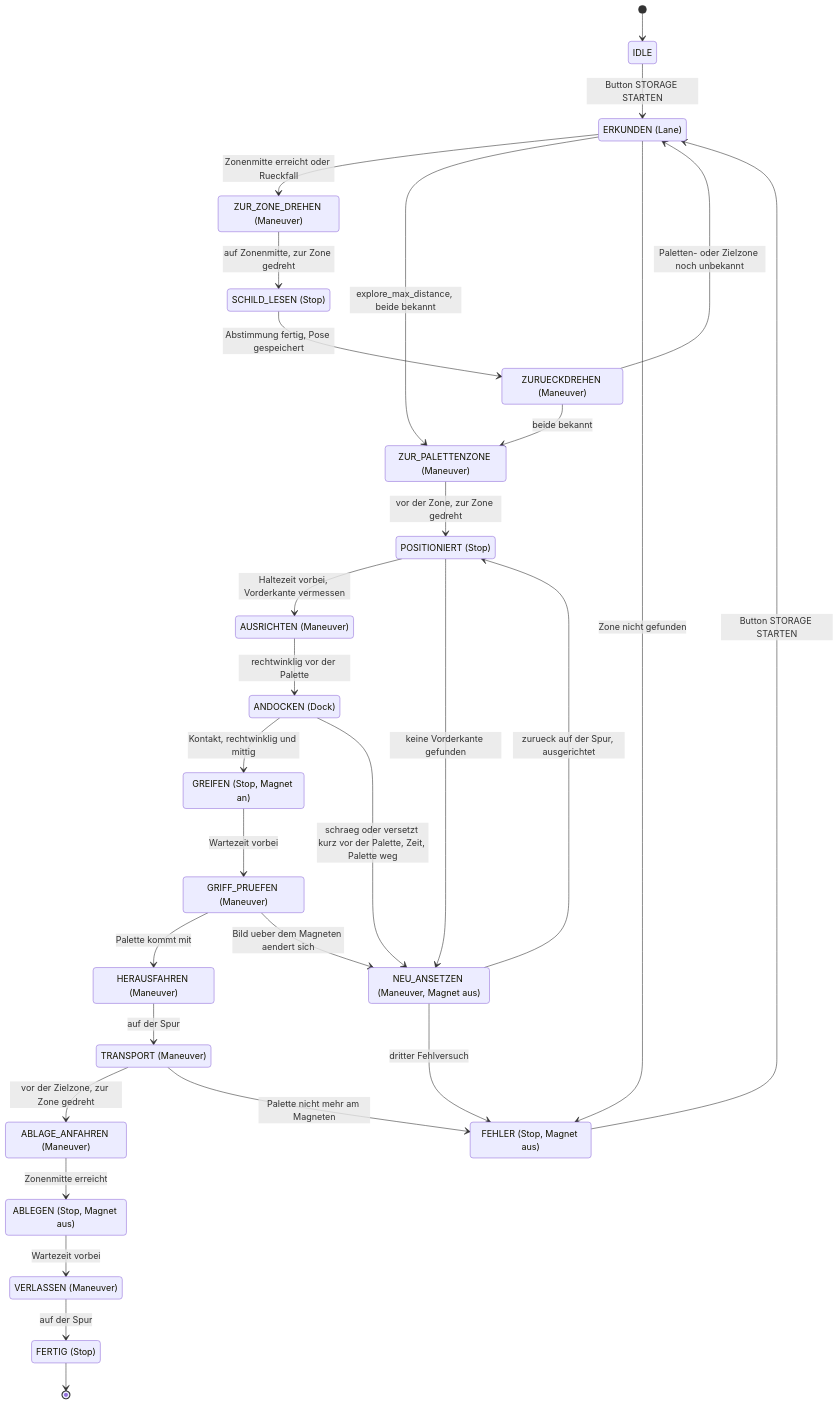
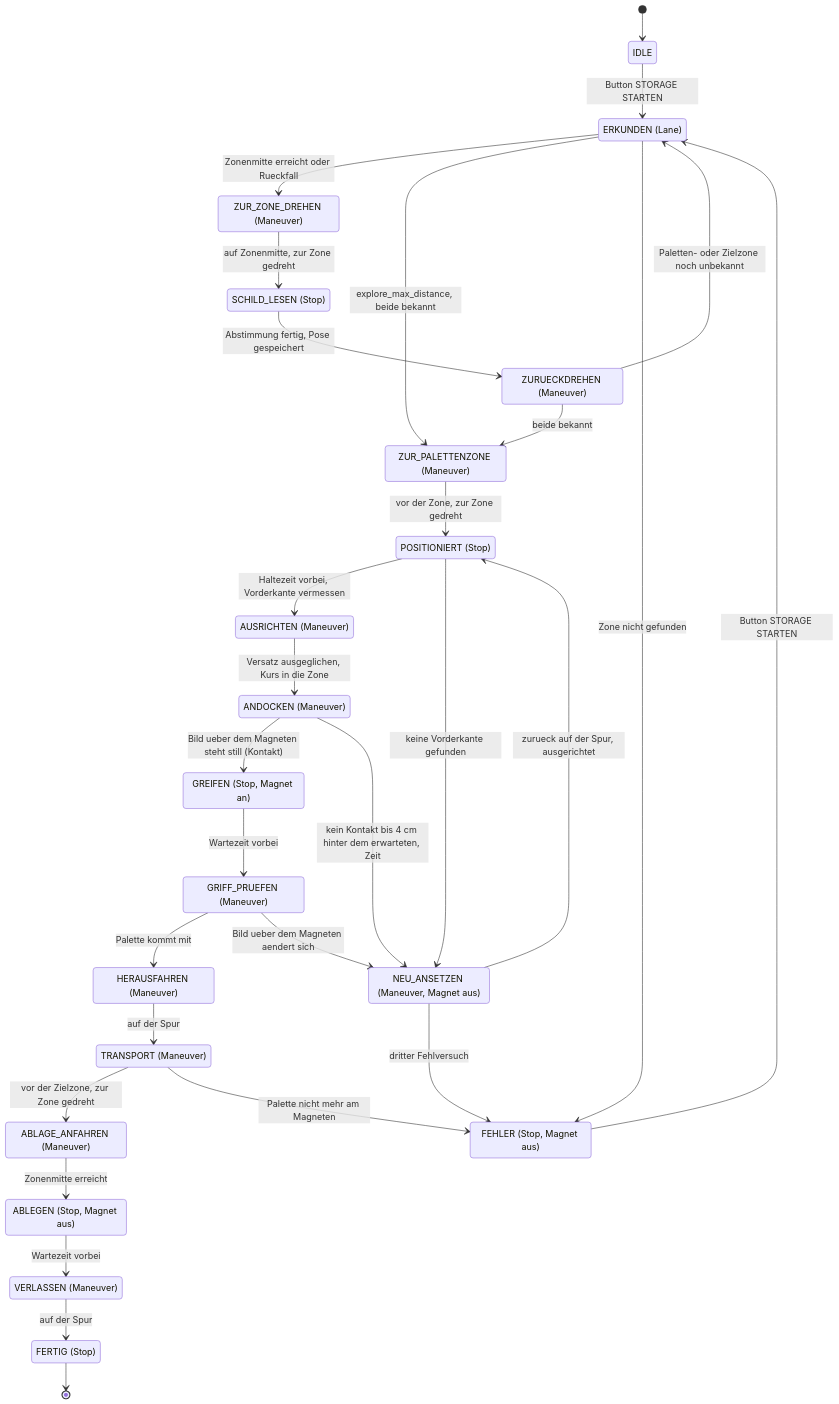
The diagram in docs/Storage_Retrieval_Konzept.md (NaiRolF878/TurtleBot3-URMC), drawn with Mermaid before and after one commit. The commit also changed other lines of this file and 18 other files, not shown here.

First line of the commit message:
Storage: Zonenmodell nur aus Querlinien, gemeinsame Farben, Kontakt per Stillstand, Ausrichten entlang der Spur

````diff
--- a/docs/Storage_Retrieval_Konzept.md
+++ b/docs/Storage_Retrieval_Konzept.md
@@ -146,52 +165,52 @@
 ```mermaid
 stateDiagram-v2
     [*] --> IDLE
     IDLE --> ERKUNDEN : Button STORAGE STARTEN
 
     state "ERKUNDEN (Lane)" as ERKUNDEN
     state "ZUR_ZONE_DREHEN (Maneuver)" as ZUR_ZONE_DREHEN
     state "SCHILD_LESEN (Stop)" as SCHILD_LESEN
     state "ZURUECKDREHEN (Maneuver)" as ZURUECKDREHEN
     state "ZUR_PALETTENZONE (Maneuver)" as ZUR_PALETTENZONE
     state "POSITIONIERT (Stop)" as POSITIONIERT
     state "AUSRICHTEN (Maneuver)" as AUSRICHTEN
-    state "ANDOCKEN (Dock)" as ANDOCKEN
+    state "ANDOCKEN (Maneuver)" as ANDOCKEN
     state "GREIFEN (Stop, Magnet an)" as GREIFEN
     state "GRIFF_PRUEFEN (Maneuver)" as GRIFF_PRUEFEN
     state "NEU_ANSETZEN (Maneuver, Magnet aus)" as NEU_ANSETZEN
     state "HERAUSFAHREN (Maneuver)" as HERAUSFAHREN
     state "TRANSPORT (Maneuver)" as TRANSPORT
     state "ABLAGE_ANFAHREN (Maneuver)" as ABLAGE_ANFAHREN
     state "ABLEGEN (Stop, Magnet aus)" as ABLEGEN
     state "VERLASSEN (Maneuver)" as VERLASSEN
     state "FERTIG (Stop)" as FERTIG
     state "FEHLER (Stop, Magnet aus)" as FEHLER
 
     ERKUNDEN --> ZUR_ZONE_DREHEN : Zonenmitte erreicht oder Rueckfall
     ZUR_ZONE_DREHEN --> SCHILD_LESEN : auf Zonenmitte, zur Zone gedreht
     SCHILD_LESEN --> ZURUECKDREHEN : Abstimmung fertig, Pose gespeichert
     ZURUECKDREHEN --> ERKUNDEN : Paletten- oder Zielzone noch unbekannt
     ZURUECKDREHEN --> ZUR_PALETTENZONE : beide bekannt
     ERKUNDEN --> ZUR_PALETTENZONE : explore_max_distance, beide bekannt
     ZUR_PALETTENZONE --> POSITIONIERT : vor der Zone, zur Zone gedreht
     POSITIONIERT --> AUSRICHTEN : Haltezeit vorbei, Vorderkante vermessen
     POSITIONIERT --> NEU_ANSETZEN : keine Vorderkante gefunden
-    AUSRICHTEN --> ANDOCKEN : rechtwinklig vor der Palette
-    ANDOCKEN --> GREIFEN : Kontakt, rechtwinklig und mittig
-    ANDOCKEN --> NEU_ANSETZEN : schraeg oder versetzt kurz vor der Palette, Zeit, Palette weg
+    AUSRICHTEN --> ANDOCKEN : Versatz ausgeglichen, Kurs in die Zone
+    ANDOCKEN --> GREIFEN : Bild ueber dem Magneten steht still (Kontakt)
+    ANDOCKEN --> NEU_ANSETZEN : kein Kontakt bis 4 cm hinter dem erwarteten, Zeit
     GREIFEN --> GRIFF_PRUEFEN : Wartezeit vorbei
     GRIFF_PRUEFEN --> HERAUSFAHREN : Palette kommt mit
     GRIFF_PRUEFEN --> NEU_ANSETZEN : Bild ueber dem Magneten aendert sich
     NEU_ANSETZEN --> POSITIONIERT : zurueck auf der Spur, ausgerichtet
     HERAUSFAHREN --> TRANSPORT : auf der Spur
     TRANSPORT --> ABLAGE_ANFAHREN : vor der Zielzone, zur Zone gedreht
     ABLAGE_ANFAHREN --> ABLEGEN : Zonenmitte erreicht
     ABLEGEN --> VERLASSEN : Wartezeit vorbei
     VERLASSEN --> FERTIG : auf der Spur
 
     ERKUNDEN --> FEHLER : Zone nicht gefunden
     NEU_ANSETZEN --> FEHLER : dritter Fehlversuch
     TRANSPORT --> FEHLER : Palette nicht mehr am Magneten
     FEHLER --> ERKUNDEN : Button STORAGE STARTEN
     FERTIG --> [*]
 ```
````
